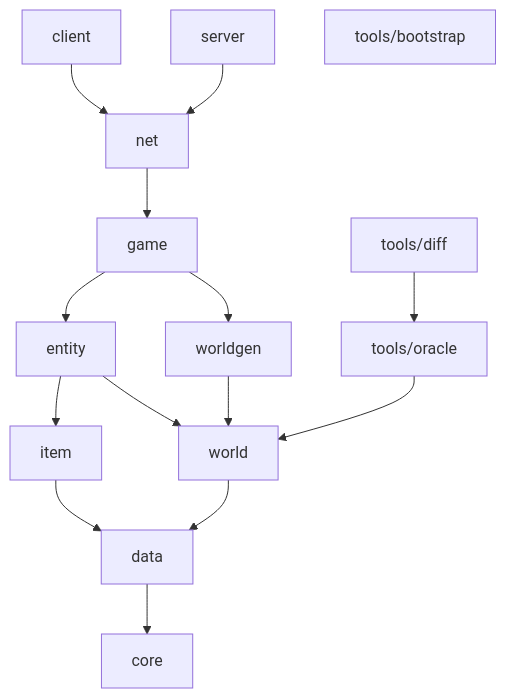
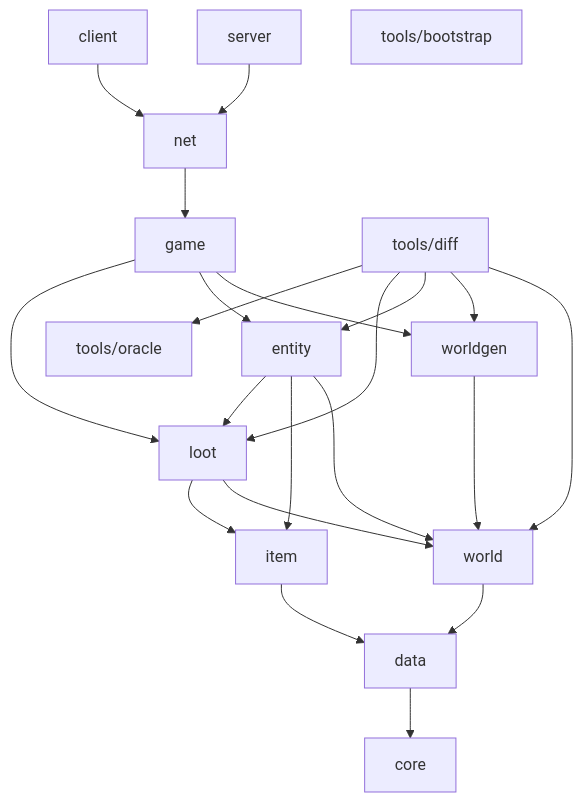
One commit to Shoko-official/Minecraft-Java changed the first of 2 diagrams in docs/ARCHITECTURE.md. Above: the diagram before and after it, drawn with Mermaid. The commit also changed other lines of this file and 28 other files, not shown here.

````diff
--- a/docs/ARCHITECTURE.md
+++ b/docs/ARCHITECTURE.md
@@ -33,18 +38,25 @@
 ```mermaid
 flowchart TD
     core
     data --> core
     world --> data
     item --> data
+    loot --> world
+    loot --> item
     worldgen --> world
     entity --> world
     entity --> item
+    entity --> loot
     game --> worldgen
     game --> entity
+    game --> loot
     net --> game
     server --> net
     client --> net
-    oracle["tools/oracle"] --> world
-    diff["tools/diff"] --> oracle
+    diff["tools/diff"] --> world
+    diff --> worldgen
+    diff --> entity
+    diff --> loot
+    diff --> oracle["tools/oracle"]
     bootstrap["tools/bootstrap"]
 ```
````
